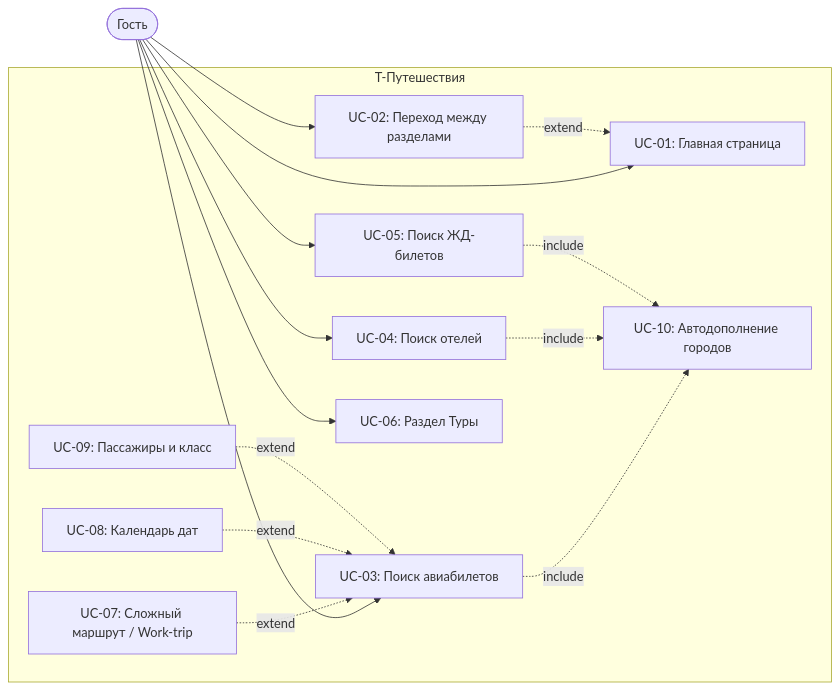
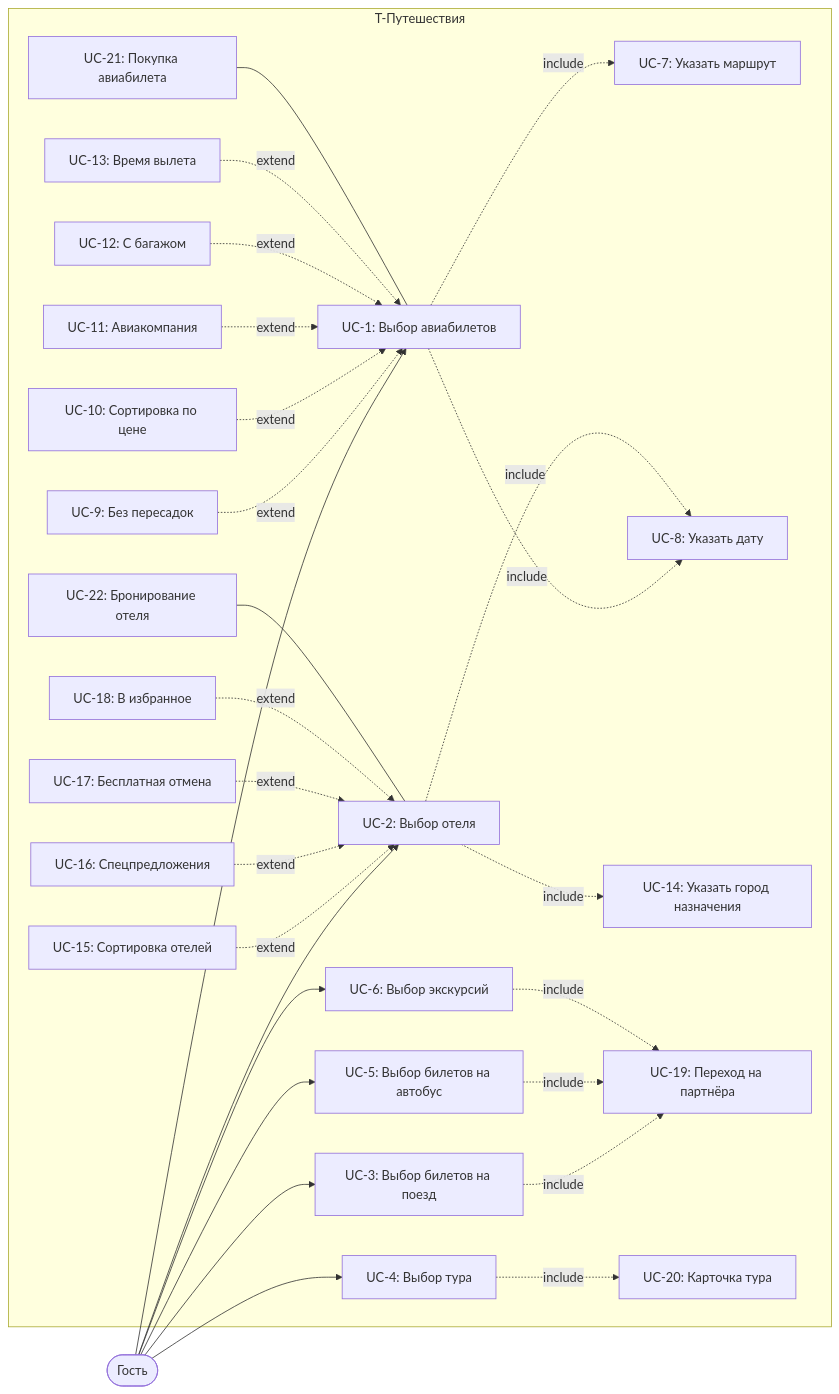
Before and after one commit to PaulLocust/tpo-lab3: the second of 2 diagrams in docs/use-case-diagram.md, drawn with Mermaid. The commit also changed other lines of this file and 34 other files, not shown here.

````diff
--- a/docs/use-case-diagram.md
+++ b/docs/use-case-diagram.md
@@ -50,34 +117,61 @@
 ```mermaid
 flowchart LR
     Guest(["Гость"])
 
     subgraph TT ["T-Путешествия"]
-        UC01["UC-01: Главная страница"]
-        UC02["UC-02: Переход между разделами"]
-        UC03["UC-03: Поиск авиабилетов"]
-        UC04["UC-04: Поиск отелей"]
-        UC05["UC-05: Поиск ЖД-билетов"]
-        UC06["UC-06: Раздел Туры"]
-        UC07["UC-07: Сложный маршрут / Work-trip"]
-        UC08["UC-08: Календарь дат"]
-        UC09["UC-09: Пассажиры и класс"]
-        UC10["UC-10: Автодополнение городов"]
+        UC1["UC-1: Выбор авиабилетов"]
+        UC2["UC-2: Выбор отеля"]
+        UC3["UC-3: Выбор билетов на поезд"]
+        UC4["UC-4: Выбор тура"]
+        UC5["UC-5: Выбор билетов на автобус"]
+        UC6["UC-6: Выбор экскурсий"]
+
+        UC7["UC-7: Указать маршрут"]
+        UC8["UC-8: Указать дату"]
+        UC14["UC-14: Указать город назначения"]
+        UC19["UC-19: Переход на партнёра"]
+        UC20["UC-20: Карточка тура"]
+
+        UC9["UC-9: Без пересадок"]
+        UC10["UC-10: Сортировка по цене"]
+        UC11["UC-11: Авиакомпания"]
+        UC12["UC-12: С багажом"]
+        UC13["UC-13: Время вылета"]
+        UC21["UC-21: Покупка авиабилета"]
+
+        UC15["UC-15: Сортировка отелей"]
+        UC16["UC-16: Спецпредложения"]
+        UC17["UC-17: Бесплатная отмена"]
+        UC18["UC-18: В избранное"]
+        UC22["UC-22: Бронирование отеля"]
     end
 
-    Guest --> UC01
-    Guest --> UC02
-    Guest --> UC03
-    Guest --> UC04
-    Guest --> UC05
-    Guest --> UC06
+    Guest --> UC1
+    Guest --> UC2
+    Guest --> UC3
+    Guest --> UC4
+    Guest --> UC5
+    Guest --> UC6
 
-    UC07 -.->|extend| UC03
-    UC08 -.->|extend| UC03
-    UC09 -.->|extend| UC03
+    UC1 -.->|include| UC7
+    UC1 -.->|include| UC8
+    UC2 -.->|include| UC14
+    UC2 -.->|include| UC8
+    UC3 -.->|include| UC19
+    UC5 -.->|include| UC19
+    UC6 -.->|include| UC19
+    UC4 -.->|include| UC20
 
-    UC03 -.->|include| UC10
-    UC04 -.->|include| UC10
-    UC05 -.->|include| UC10
+    UC9  -.->|extend| UC1
+    UC10 -.->|extend| UC1
+    UC11 -.->|extend| UC1
+    UC12 -.->|extend| UC1
+    UC13 -.->|extend| UC1
+    UC21 --- UC1
 
-    UC02 -.->|extend| UC01
+    UC15 -.->|extend| UC2
+    UC16 -.->|extend| UC2
+    UC17 -.->|extend| UC2
+    UC18 -.->|extend| UC2
+    UC22 --- UC2
 ```
````
